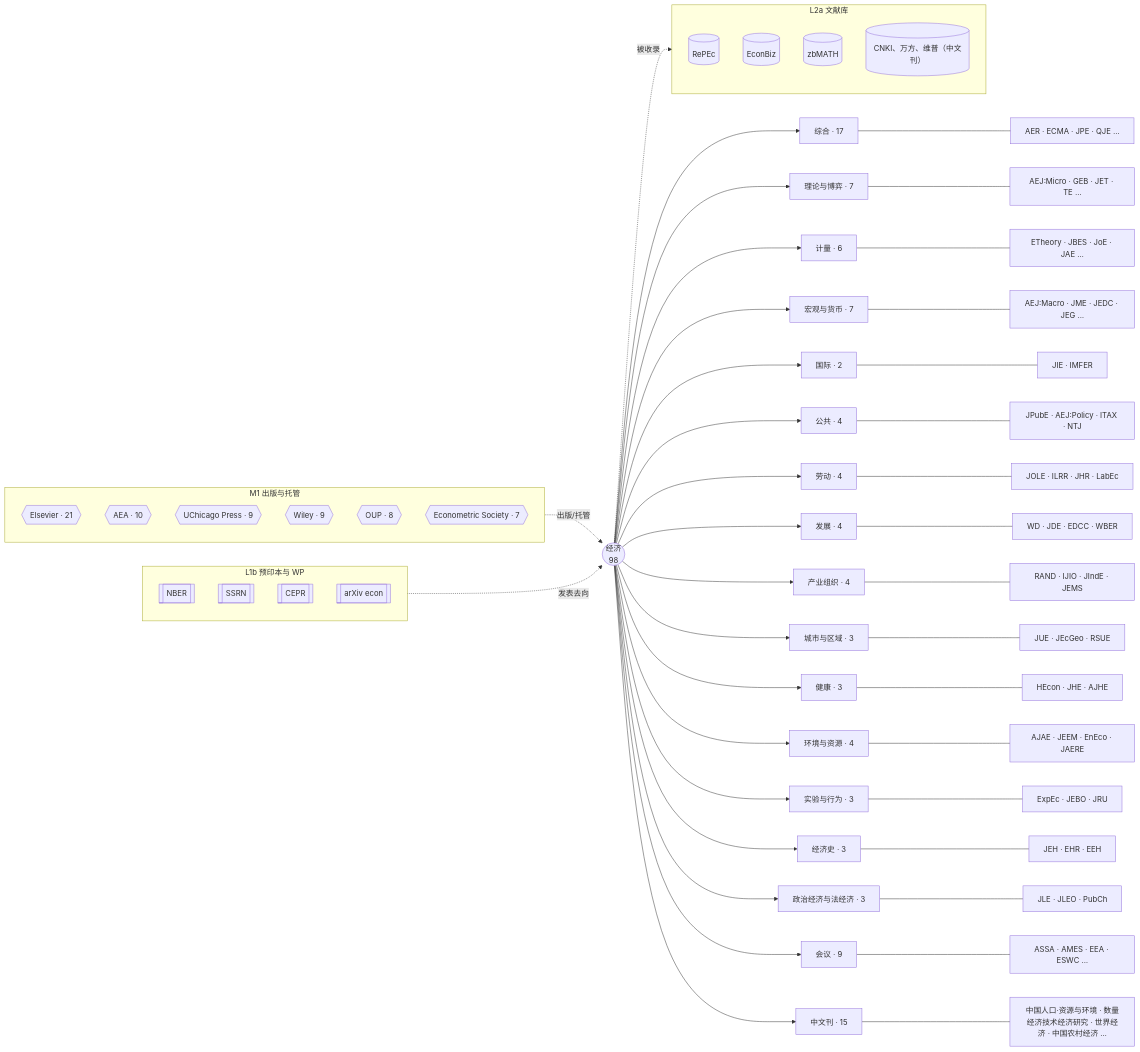
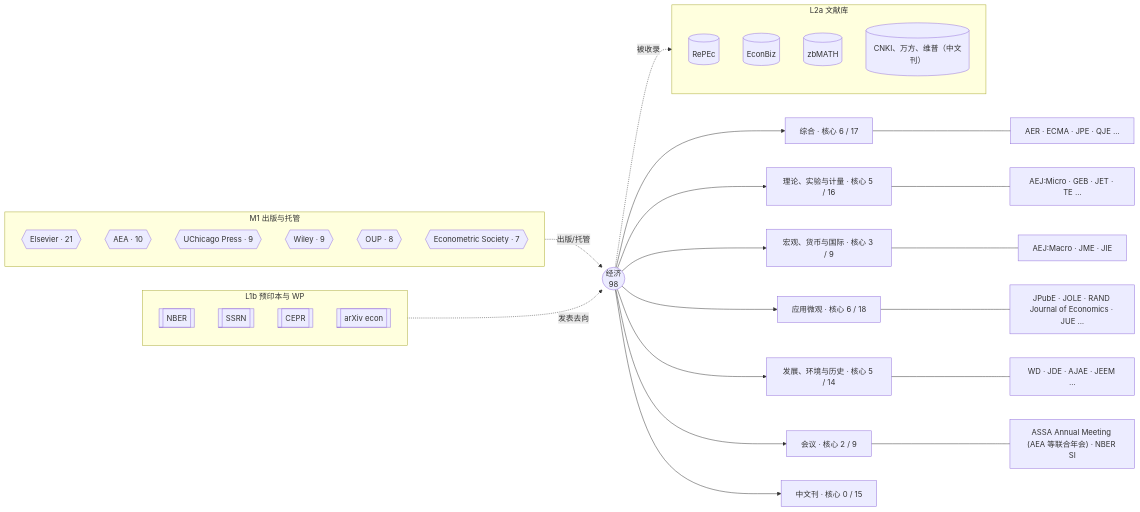
One commit to yhyfhgs/Confluo changed the diagram in docs/catalog/venues/economics.md. Above: the diagram before and after it, drawn with Mermaid. The commit also changed other lines of this file and 21 other files, not shown here.

````diff
--- a/docs/catalog/venues/economics.md
+++ b/docs/catalog/venues/economics.md
@@ -14,61 +14,40 @@
 ```mermaid
 flowchart LR
   D(("经济<br/>98"))
-  D --> S0["综合 · 17"]
+  D --> S0["综合 · 核心 6 / 17"]
   S0 --- V0["AER · ECMA · JPE · QJE …"]
-  D --> S1["理论与博弈 · 7"]
+  D --> S1["理论、实验与计量 · 核心 5 / 16"]
   S1 --- V1["AEJ:Micro · GEB · JET · TE …"]
-  D --> S2["计量 · 6"]
-  S2 --- V2["ETheory · JBES · JoE · JAE …"]
-  D --> S3["宏观与货币 · 7"]
-  S3 --- V3["AEJ:Macro · JME · JEDC · JEG …"]
-  D --> S4["国际 · 2"]
-  S4 --- V4["JIE · IMFER"]
-  D --> S5["公共 · 4"]
-  S5 --- V5["JPubE · AEJ:Policy · ITAX · NTJ"]
-  D --> S6["劳动 · 4"]
-  S6 --- V6["JOLE · ILRR · JHR · LabEc"]
-  D --> S7["发展 · 4"]
-  S7 --- V7["WD · JDE · EDCC · WBER"]
-  D --> S8["产业组织 · 4"]
-  S8 --- V8["RAND · IJIO · JIndE · JEMS"]
-  D --> S9["城市与区域 · 3"]
-  S9 --- V9["JUE · JEcGeo · RSUE"]
-  D --> S10["健康 · 3"]
-  S10 --- V10["HEcon · JHE · AJHE"]
-  D --> S11["环境与资源 · 4"]
-  S11 --- V11["AJAE · JEEM · EnEco · JAERE"]
-  D --> S12["实验与行为 · 3"]
-  S12 --- V12["ExpEc · JEBO · JRU"]
-  D --> S13["经济史 · 3"]
-  S13 --- V13["JEH · EHR · EEH"]
-  D --> S14["政治经济与法经济 · 3"]
-  S14 --- V14["JLE · JLEO · PubCh"]
-  D --> S15["会议 · 9"]
-  S15 --- V15["ASSA · AMES · EEA · ESWC …"]
-  D --> SCN["中文刊 · 15"]
-  SCN --- VCN["中国人口·资源与环境 · 数量经济技术经济研究 · 世界经济 · 中国农村经济 …"]
+  D --> S2["宏观、货币与国际 · 核心 3 / 9"]
+  S2 --- V2["AEJ:Macro · JME · JIE"]
+  D --> S3["应用微观 · 核心 6 / 18"]
+  S3 --- V3["JPubE · JOLE · RAND Journal of Economics · JUE …"]
+  D --> S4["发展、环境与历史 · 核心 5 / 14"]
+  S4 --- V4["WD · JDE · AJAE · JEEM …"]
+  D --> S5["会议 · 核心 2 / 9"]
+  S5 --- V5["ASSA Annual Meeting (AEA 等联合年会) · NBER SI"]
+  D --> SCN["中文刊 · 核心 0 / 15"]
   subgraph M1["M1 出版与托管"]
     P0{{"Elsevier · 21"}}
     P1{{"AEA · 10"}}
     P2{{"UChicago Press · 9"}}
     P3{{"Wiley · 9"}}
     P4{{"OUP · 8"}}
     P5{{"Econometric Society · 7"}}
   end
   M1 -. 出版/托管 .-> D
   subgraph L2A["L2a 文献库"]
     A0[("RePEc")]
     A1[("EconBiz")]
     A2[("zbMATH")]
     A3[("CNKI、万方、维普（中文刊）")]
   end
   D -. 被收录 .-> L2A
   subgraph L1B["L1b 预印本与 WP"]
     B0[["NBER"]]
     B1[["SSRN"]]
     B2[["CEPR"]]
     B3[["arXiv econ"]]
   end
   L1B -. 发表去向 .-> D
 ```
````
